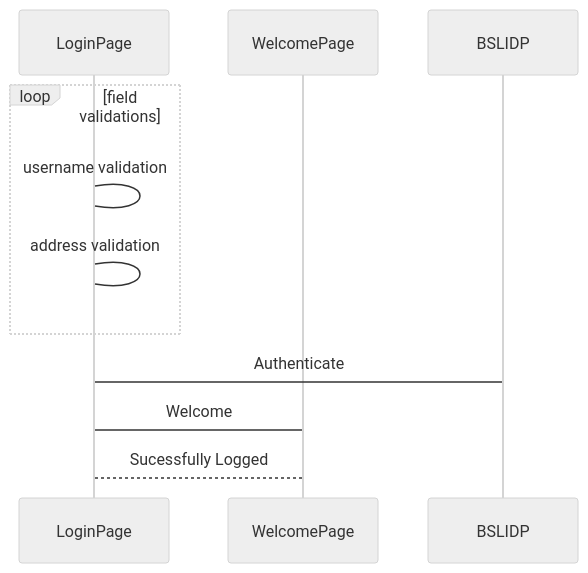
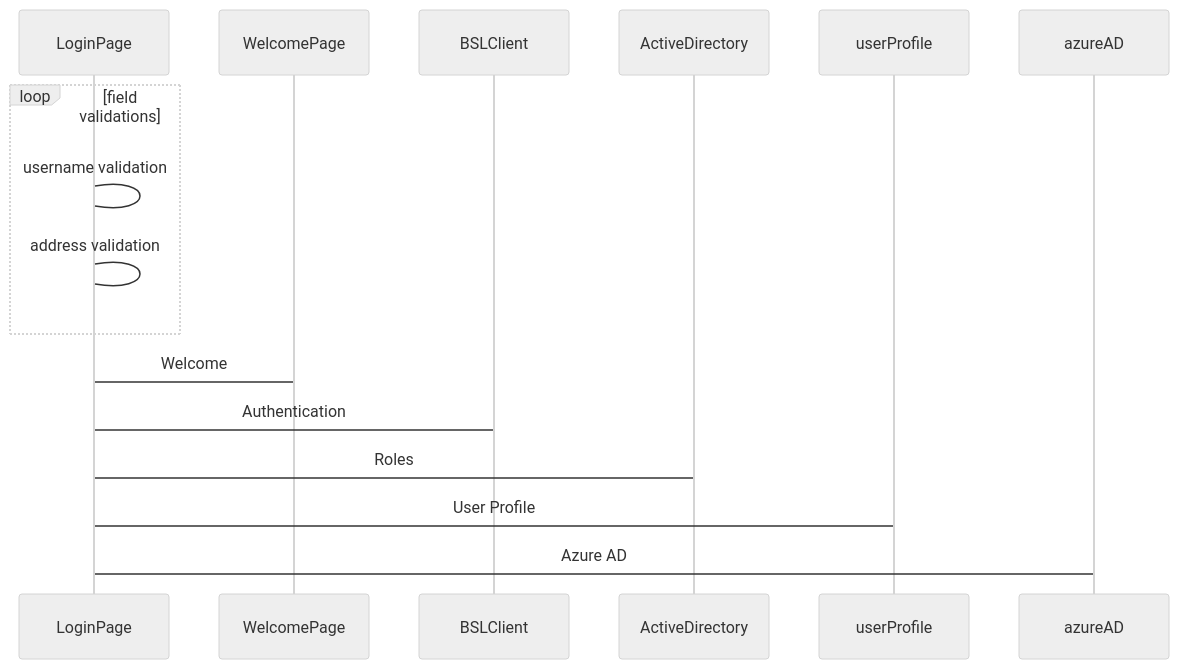
Before and after one commit to vijaykrishnach1/copilot-poc: the first of 2 diagrams in copilot/src/login/Login-Design.md, drawn with Mermaid (neutral theme). The commit also changed other lines of this file and 11 other files, not shown here.

````diff
--- a/copilot/src/login/Login-Design.md
+++ b/copilot/src/login/Login-Design.md
@@ -3,13 +3,18 @@
 ```mermaid
 sequenceDiagram
 participant LoginPage
 participant WelcomePage
-participant BSLIDP
+participant BSLClient
+participant ActiveDirectory
+participant userProfile
+participant azureAD
 loop field validations
 	LoginPage->LoginPage: username validation
 	LoginPage->LoginPage: address validation
 end
-LoginPage->BSLIDP: Authenticate
 LoginPage->WelcomePage: Welcome
-WelcomePage-->LoginPage: Sucessfully Logged
+LoginPage->BSLClient: Authentication
+LoginPage->ActiveDirectory: Roles
+LoginPage->userProfile: User Profile
+LoginPage->azureAD: Azure AD
 ```
````
